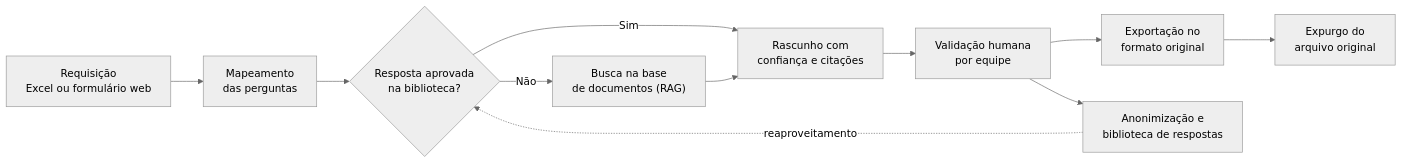
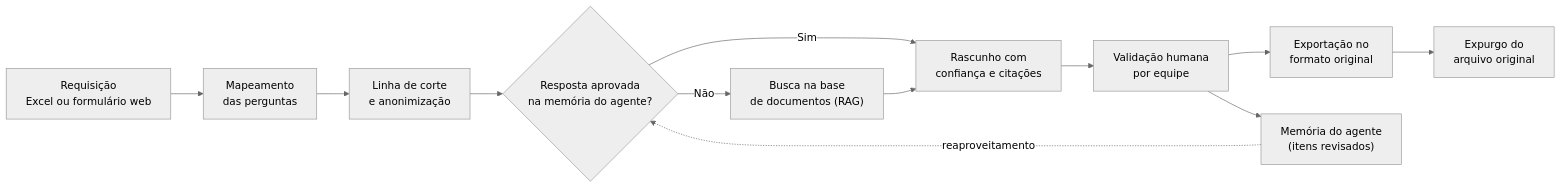
Before and after one commit to luizmariofontes/automationrfp: the first of 2 diagrams in README.md, drawn with Mermaid (neutral theme). The commit also changed other lines of this file, not shown here.

Commit message:
docs(readme): plano de acao revisado com agente proprio e anonimizacao

````diff
--- a/README.md
+++ b/README.md
@@ -27,13 +27,14 @@
 ```mermaid
 flowchart LR
     A["Requisição<br/>Excel ou formulário web"] --> B["Mapeamento<br/>das perguntas"]
-    B --> C{"Resposta aprovada<br/>na biblioteca?"}
+    B --> N["Linha de corte<br/>e anonimização"]
+    N --> C{"Resposta aprovada<br/>na memória do agente?"}
     C -- Sim --> E["Rascunho com<br/>confiança e citações"]
     C -- Não --> D["Busca na base<br/>de documentos (RAG)"]
     D --> E
     E --> F["Validação humana<br/>por equipe"]
     F --> G["Exportação no<br/>formato original"]
-    F --> H["Anonimização e<br/>biblioteca de respostas"]
+    F --> H["Memória do agente<br/>(itens revisados)"]
     H -. reaproveitamento .-> C
     G --> I["Expurgo do<br/>arquivo original"]
 ```
````
